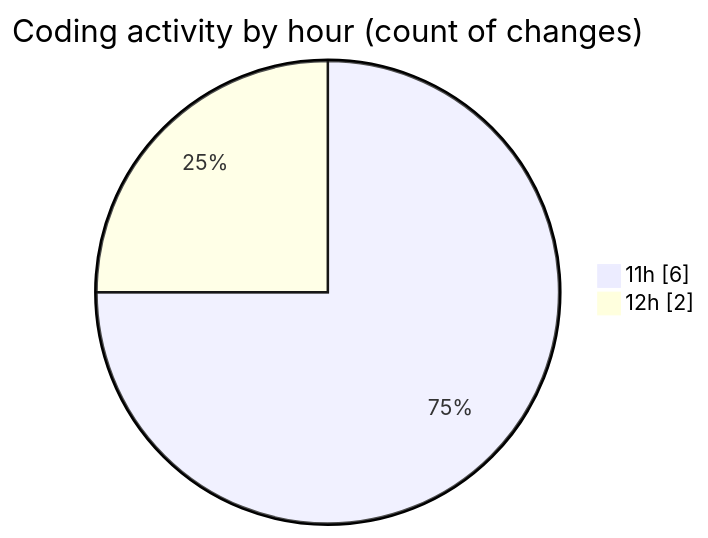
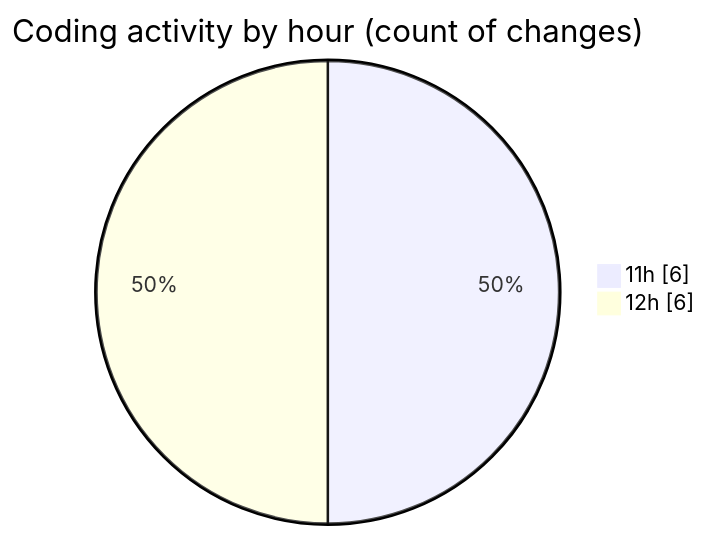
The second of 2 diagrams in 2025-10-17/untitled__workspace_/README.md (debugP/code-tracking), drawn with Mermaid before and after one commit. The commit also changed other lines of this file and 1 other file, not shown here.

````diff
--- a/2025-10-17/untitled__workspace_/README.md
+++ b/2025-10-17/untitled__workspace_/README.md
@@ -30,6 +30,6 @@
 ```mermaid
 pie showData
 title Coding activity by hour (count of changes)
 "11h" : 6
-"12h" : 2
+"12h" : 6
 ```
````
